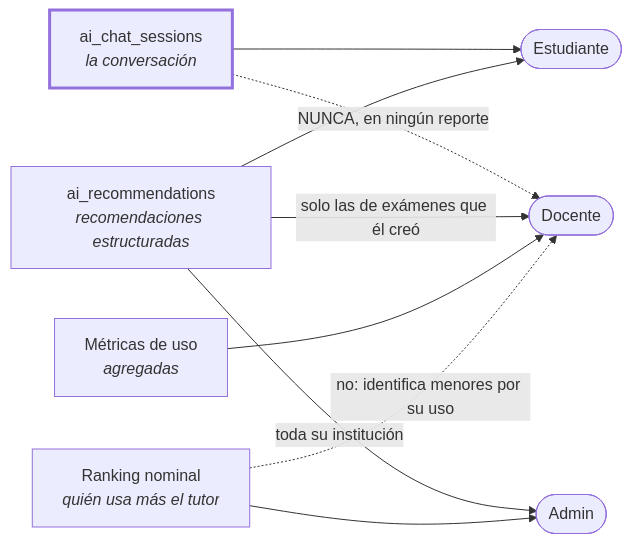
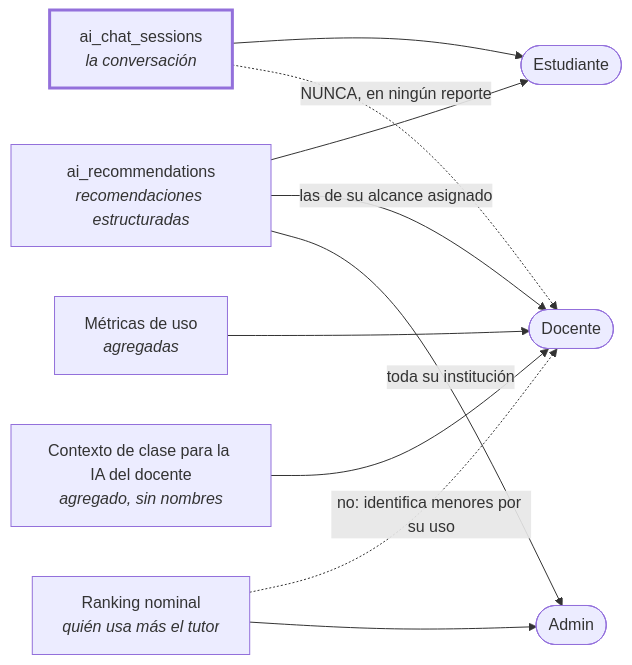
One commit to Infil505/NeoEduCore-Back changed diagram 16 of 19 in docs/DIAGRAMAS.md. Above: the diagram before and after it, drawn with Mermaid. The commit also changed other lines of this file and 25 other files, not shown here.

````diff
--- a/docs/DIAGRAMAS.md
+++ b/docs/DIAGRAMAS.md
@@ -987,22 +1165,24 @@
 ```mermaid
 flowchart LR
     CHAT["ai_chat_sessions<br/><i>la conversación</i>"]
     RECS["ai_recommendations<br/><i>recomendaciones estructuradas</i>"]
     METRICS["Métricas de uso<br/><i>agregadas</i>"]
     RANK["Ranking nominal<br/><i>quién usa más el tutor</i>"]
+    CLASE["Contexto de clase para la IA del docente<br/><i>agregado, sin nombres</i>"]
 
     ALUMNO(["Estudiante"])
     DOCENTE(["Docente"])
     ADMIN(["Admin"])
 
     CHAT --> ALUMNO
     CHAT -.->|"NUNCA, en ningún reporte"| DOCENTE
     RECS --> ALUMNO
-    RECS -->|"solo las de exámenes que él creó"| DOCENTE
+    RECS -->|"las de su alcance asignado"| DOCENTE
     RECS -->|"toda su institución"| ADMIN
     METRICS --> DOCENTE
     RANK -.->|"no: identifica menores por su uso"| DOCENTE
     RANK --> ADMIN
+    CLASE --> DOCENTE
 
     style CHAT stroke-width:3px
 ```
````
